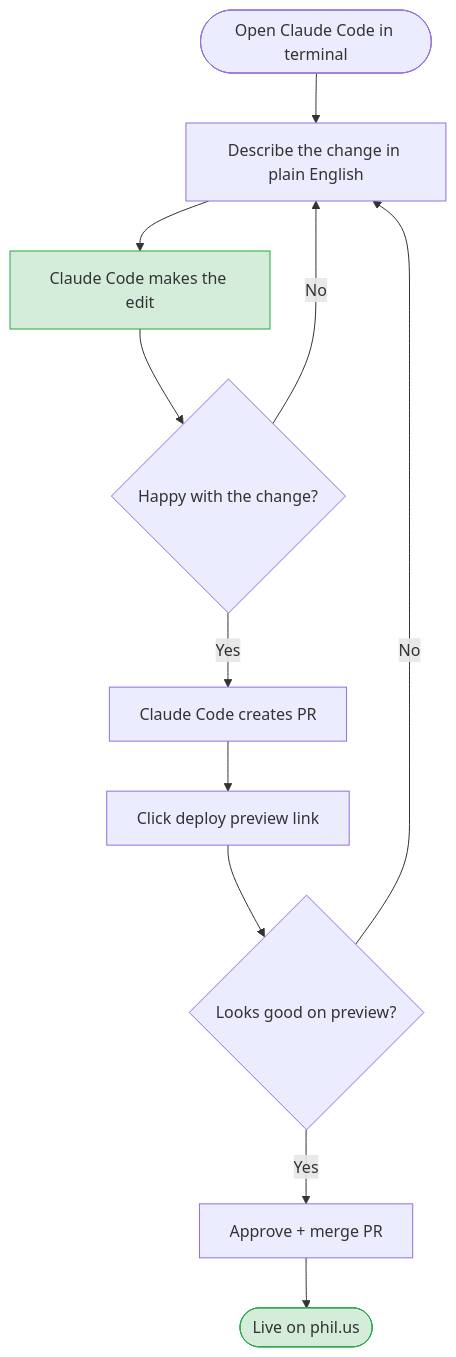
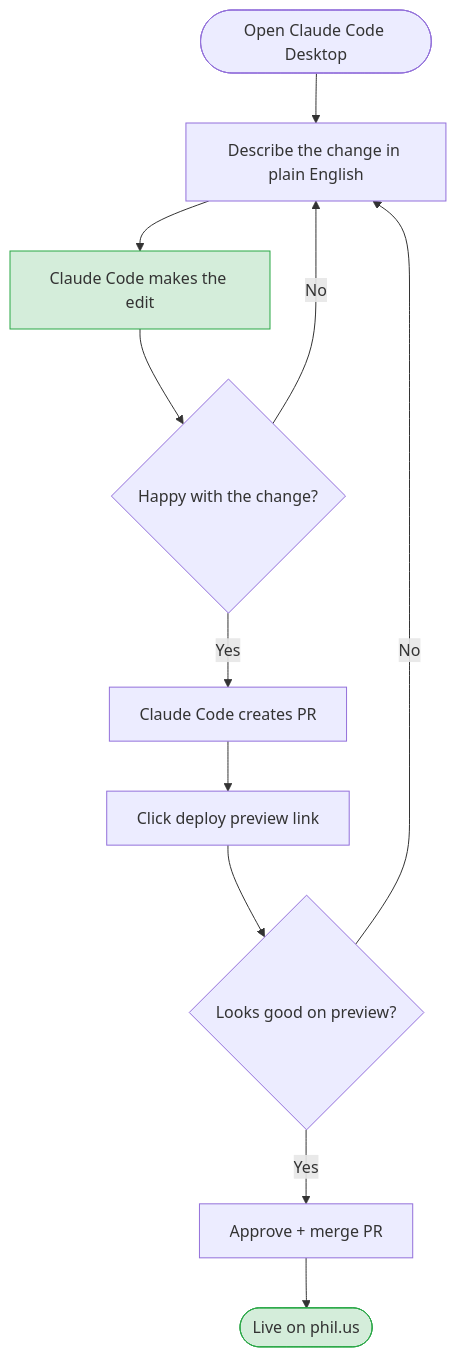
Before and after one commit to phil-inc/phil-us-contentful: the tenth of 10 diagrams in docs/proposal-remove-contentful.md, drawn with Mermaid. The commit also changed other lines of this file, not shown here.

First line of the commit message:
docs: update proposal to reference Claude Code Desktop app

````diff
--- a/docs/proposal-remove-contentful.md
+++ b/docs/proposal-remove-contentful.md
@@ -258,16 +258,16 @@
 ```mermaid
 flowchart TB
-    START([Open Claude Code in terminal]) --> DESCRIBE["Describe the change in plain English"]
+    START([Open Claude Code Desktop]) --> DESCRIBE["Describe the change in plain English"]
     DESCRIBE --> AI["Claude Code makes the edit"]
     AI --> REVIEW{"Happy with the change?"}
     REVIEW -->|No| DESCRIBE
     REVIEW -->|Yes| PUSH["Claude Code creates PR"]
     PUSH --> PREVIEW["Click deploy preview link"]
     PREVIEW --> CHECK{"Looks good on preview?"}
     CHECK -->|No| DESCRIBE
     CHECK -->|Yes| MERGE["Approve + merge PR"]
     MERGE --> DONE([Live on phil.us])
 
     style AI fill:#d4edda,stroke:#28a745
     style DONE fill:#d4edda,stroke:#28a745
 ```
````
